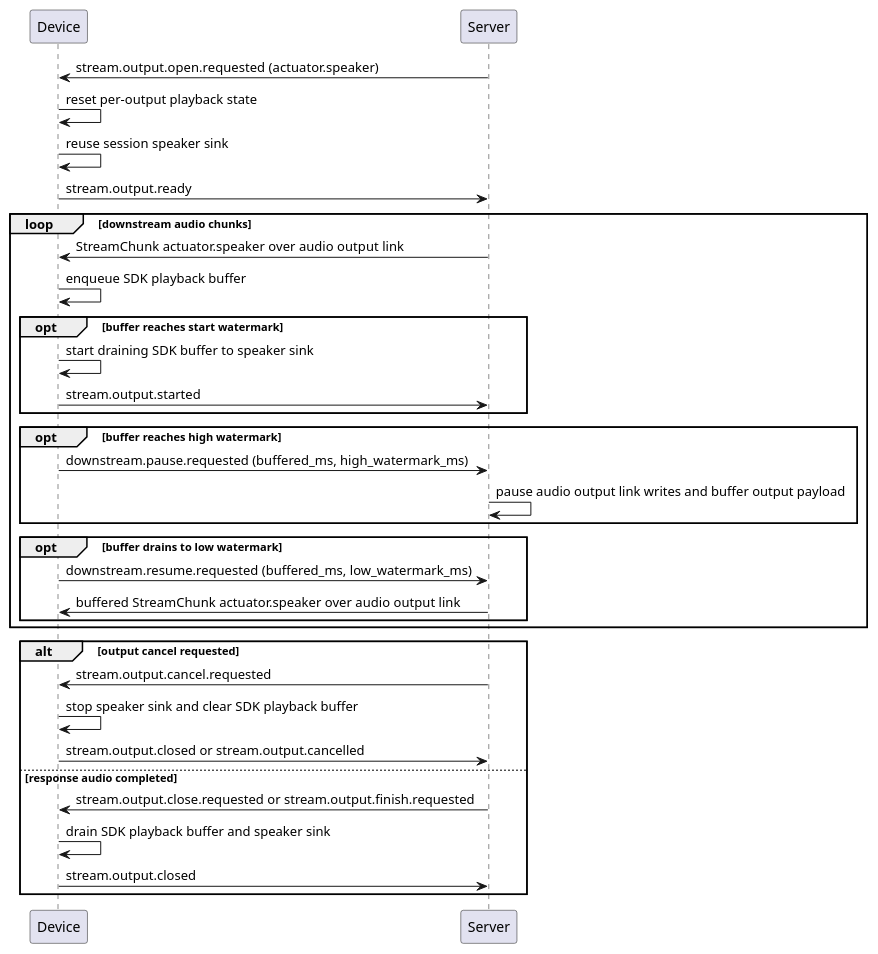
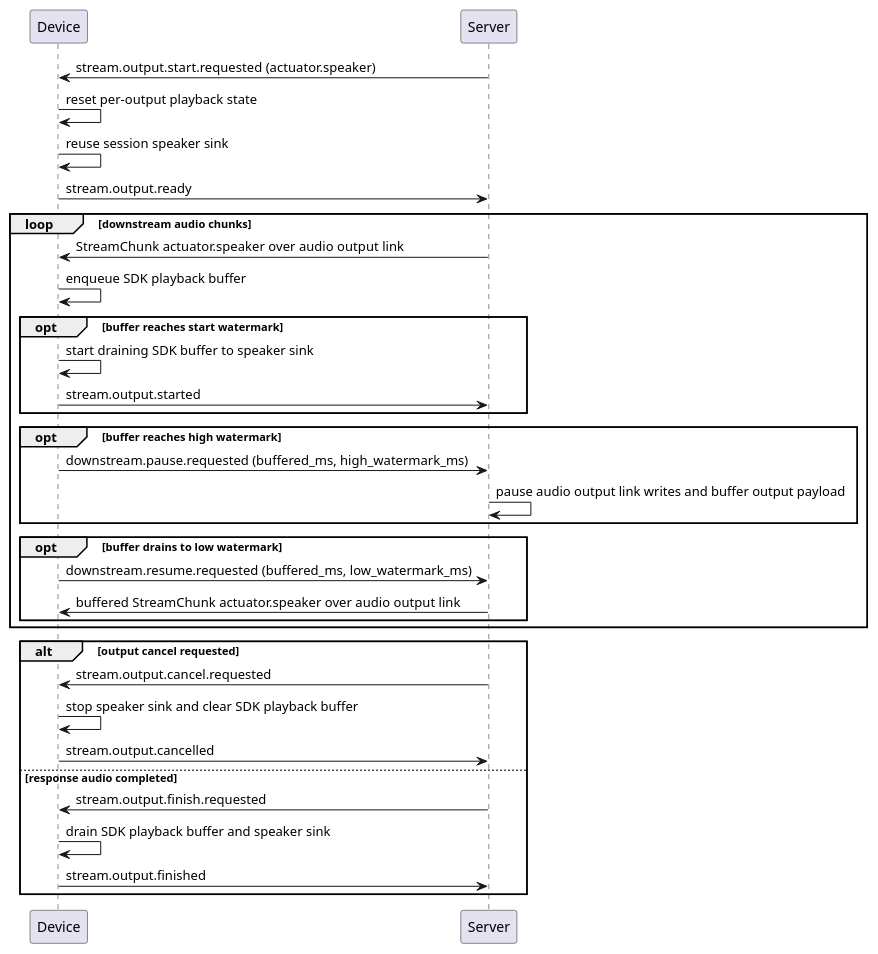
One commit to HengeLiu/RealtimeAgent changed the third of 3 diagrams in docs/reference/device-event-behavior.md. Above: the diagram before and after it, drawn with PlantUML. The commit also changed other lines of this file and 2 other files, not shown here.

````diff
--- a/docs/reference/device-event-behavior.md
+++ b/docs/reference/device-event-behavior.md
@@ -202,36 +202,36 @@
 ```plantuml
 @startuml
 participant Device
 participant Server
 
-Server -> Device: stream.output.open.requested (actuator.speaker)
+Server -> Device: stream.output.start.requested (actuator.speaker)
 Device -> Device: reset per-output playback state
 Device -> Device: reuse session speaker sink
 Device -> Server: stream.output.ready
 loop downstream audio chunks
   Server -> Device: StreamChunk actuator.speaker over audio output link
   Device -> Device: enqueue SDK playback buffer
   opt buffer reaches start watermark
     Device -> Device: start draining SDK buffer to speaker sink
     Device -> Server: stream.output.started
   end
   opt buffer reaches high watermark
     Device -> Server: downstream.pause.requested (buffered_ms, high_watermark_ms)
     Server -> Server: pause audio output link writes and buffer output payload
   end
   opt buffer drains to low watermark
     Device -> Server: downstream.resume.requested (buffered_ms, low_watermark_ms)
     Server -> Device: buffered StreamChunk actuator.speaker over audio output link
   end
 end
 alt output cancel requested
   Server -> Device: stream.output.cancel.requested
   Device -> Device: stop speaker sink and clear SDK playback buffer
-  Device -> Server: stream.output.closed or stream.output.cancelled
+  Device -> Server: stream.output.cancelled
 else response audio completed
-  Server -> Device: stream.output.close.requested or stream.output.finish.requested
+  Server -> Device: stream.output.finish.requested
   Device -> Device: drain SDK playback buffer and speaker sink
-  Device -> Server: stream.output.closed
+  Device -> Server: stream.output.finished
 end
 @enduml
 ```
````
